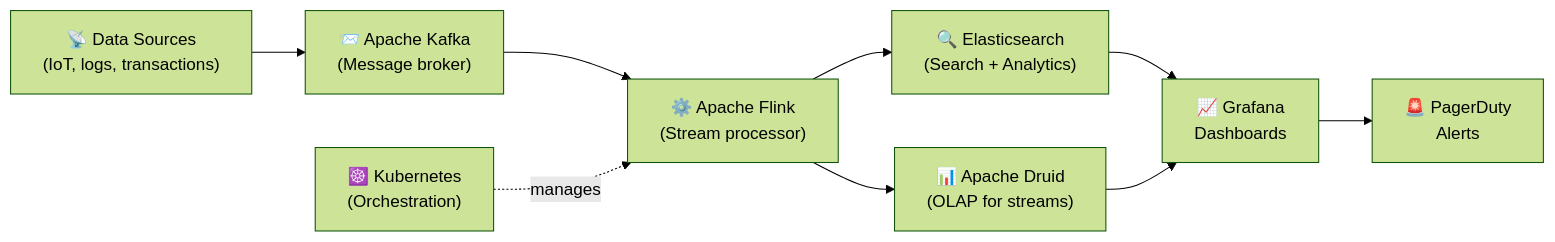
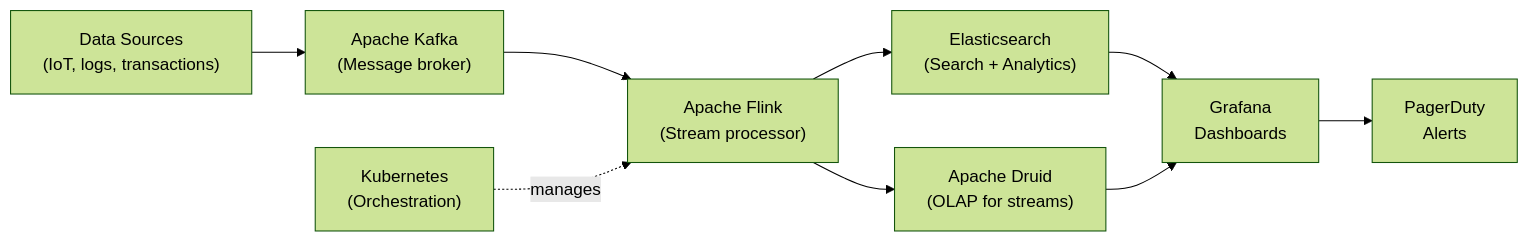
Before and after one commit to NK2552003/Big-Data-Survival-Guide: the fifth of 8 diagrams in UNITS/UNIT 2/unit-2-english-fun.md, drawn with Mermaid (forest theme). The commit also changed other lines of this file and 78 other files, not shown here.

````diff
--- a/UNITS/UNIT 2/unit-2-english-fun.md
+++ b/UNITS/UNIT 2/unit-2-english-fun.md
@@ -839,19 +839,19 @@
 ```mermaid
 flowchart LR
-    Sources["📡 Data Sources\n(IoT, logs, transactions)"]
-    Kafka["📨 Apache Kafka\n(Message broker)"]
-    Flink["⚙️ Apache Flink\n(Stream processor)"]
-    ES["🔍 Elasticsearch\n(Search + Analytics)"]
-    Druid["📊 Apache Druid\n(OLAP for streams)"]
-    K8s["☸️ Kubernetes\n(Orchestration)"]
-    Dashboard["📈 Grafana\nDashboards"]
-    Alert["🚨 PagerDuty\nAlerts"]
+ Sources[" Data Sources\n(IoT, logs, transactions)"]
+ Kafka[" Apache Kafka\n(Message broker)"]
+ Flink[" Apache Flink\n(Stream processor)"]
+ ES[" Elasticsearch\n(Search + Analytics)"]
+ Druid[" Apache Druid\n(OLAP for streams)"]
+ K8s[" Kubernetes\n(Orchestration)"]
+ Dashboard[" Grafana\nDashboards"]
+ Alert[" PagerDuty\nAlerts"]
 
-    Sources --> Kafka --> Flink
-    Flink --> ES
-    Flink --> Druid
-    ES --> Dashboard
-    Druid --> Dashboard
-    Dashboard --> Alert
-    K8s -.->|manages| Flink
+ Sources --> Kafka --> Flink
+ Flink --> ES
+ Flink --> Druid
+ ES --> Dashboard
+ Druid --> Dashboard
+ Dashboard --> Alert
+ K8s -.->|manages| Flink
 ```
````
